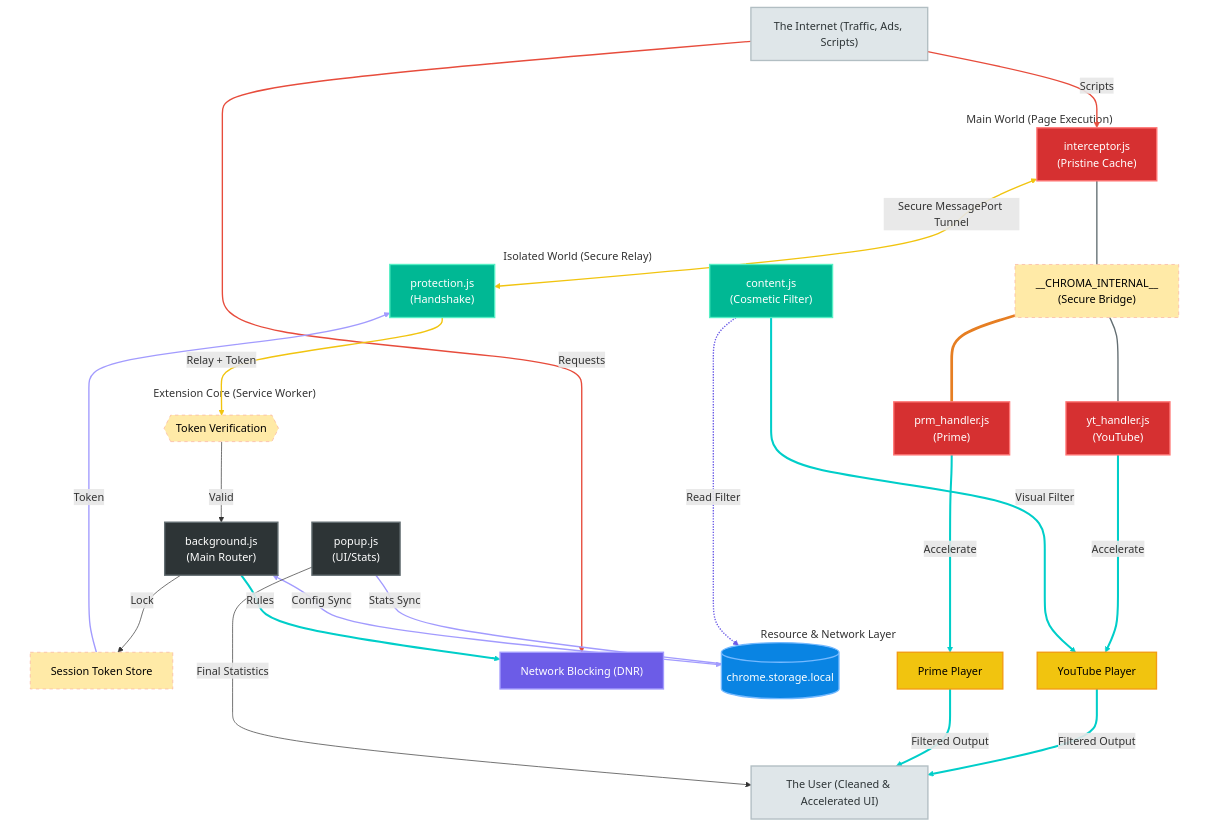
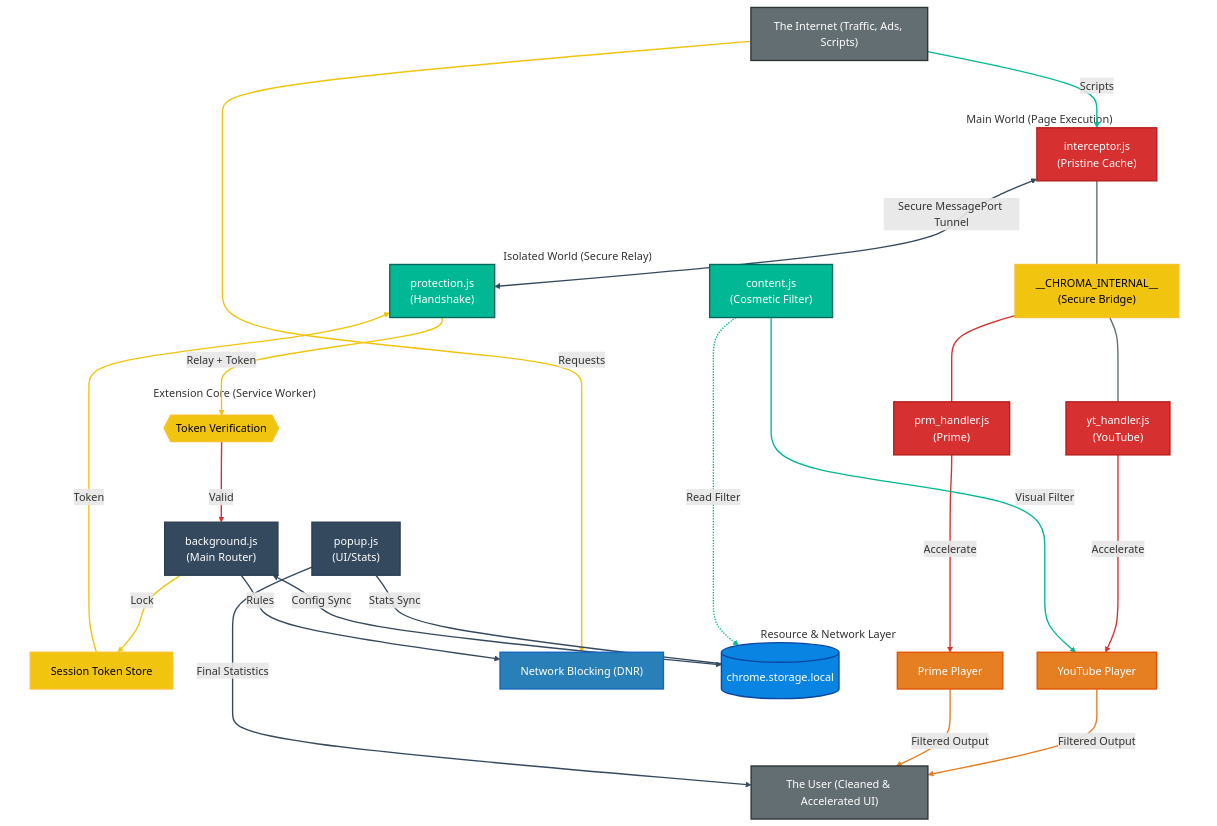
The diagram in README.md (Dabrogost/Chroma-Ad-Blocker), drawn with Mermaid before and after one commit. The commit also changed other lines of this file, not shown here.

````diff
--- a/README.md
+++ b/README.md
@@ -25,13 +25,13 @@
 ```mermaid
 graph TD
-    classDef sw fill:#2d3436,color:#fff,stroke:#636e72,stroke-width:2px
-    classDef storage fill:#0984e3,color:#fff,stroke:#74b9ff,stroke-width:2px
-    classDef isolated fill:#00b894,color:#fff,stroke:#55efc4,stroke-width:2px
-    classDef main fill:#d63031,color:#fff,stroke:#ff7675,stroke-width:2px
-    classDef dnr fill:#6c5ce7,color:#fff,stroke:#a29bfe,stroke-width:2px
-    classDef dom fill:#f1c40f,color:#000,stroke:#f39c12,stroke-width:2px
-    classDef secure fill:#ffeaa7,color:#000,stroke:#fab1a0,stroke-dasharray: 5 5
-    classDef actor fill:#dfe6e9,color:#2d3436,stroke:#b2bec3,stroke-width:2px
+    classDef sw fill:#34495e,color:#fff,stroke:#2c3e50,stroke-width:2px
+    classDef storage fill:#0984e3,color:#fff,stroke:#0d47a1,stroke-width:2px
+    classDef isolated fill:#00b894,color:#fff,stroke:#00695c,stroke-width:2px
+    classDef main fill:#d63031,color:#fff,stroke:#b71c1c,stroke-width:2px
+    classDef dnr fill:#2980b9,color:#fff,stroke:#1565c0,stroke-width:2px
+    classDef dom fill:#e67e22,color:#fff,stroke:#e65100,stroke-width:2px
+    classDef secure fill:#f1c40f,color:#000,stroke:#fbc02d,stroke-width:2px
+    classDef actor fill:#636e72,color:#fff,stroke:#2d3436,stroke-width:2px
 
     %% --- STACK 0: INPUT (CENTERED TOP) ---
     INTERNET["The Internet (Traffic, Ads, Scripts)"]:::actor
@@ -74,7 +74,7 @@
 
     %% --- FLOW CONNECTIONS ---
     
-    %% Internet to Components
+    %% Internet to Components (Grey)
     INTERNET -- "Scripts" --> MW_INT
     INTERNET -- "Requests" --> DNR
 
@@ -101,16 +101,18 @@
     POPUP -- "Final Statistics" --> USER
 
     %% --- LOGIC TRACING (LINK STYLES) ---
+    %% Internet: Grey (#636e72)
     linkStyle 0,1 stroke:#636e72,stroke-width:2px;
-    linkStyle 2 stroke:#e67e22,stroke-width:4px;
-    linkStyle 3,4 stroke:#e74c3c,stroke-width:2px;
-    linkStyle 5,6 stroke:#f1c40f,stroke-width:2px;
-    %% Storage Path (Index 9,10,11)
-    linkStyle 9,10,11 stroke:#a29bfe,stroke-width:2px;
-    %% Control Path (Index 12)
-    linkStyle 12 stroke:#6c5ce7,stroke-width:2px;
-    %% User Output (Index 13,14,15,16,17,18)
-    linkStyle 13,14,15,16,17,18 stroke:#00cec9,stroke-width:3px;
+    %% Main World: Red (#d63031)
+    linkStyle 2,7,14,15 stroke:#d63031,stroke-width:2px;
+    %% Isolated World: Green (#00b894)
+    linkStyle 3,12,16 stroke:#00b894,stroke-width:2px;
+    %% Secure Paths: Gold (#f1c40f)
+    linkStyle 4,6,8,9 stroke:#f1c40f,stroke-width:2px;
+    %% Core/SW Paths: Slate (#34495e)
+    linkStyle 5,10,11,13,19 stroke:#34495e,stroke-width:2px;
+    %% DOM Outputs: Orange (#e67e22)
+    linkStyle 17,18 stroke:#e67e22,stroke-width:2px;
 
     %% --- HIDE SUBGRAPH BOXES ---
     style MW fill:none,stroke:none
````
